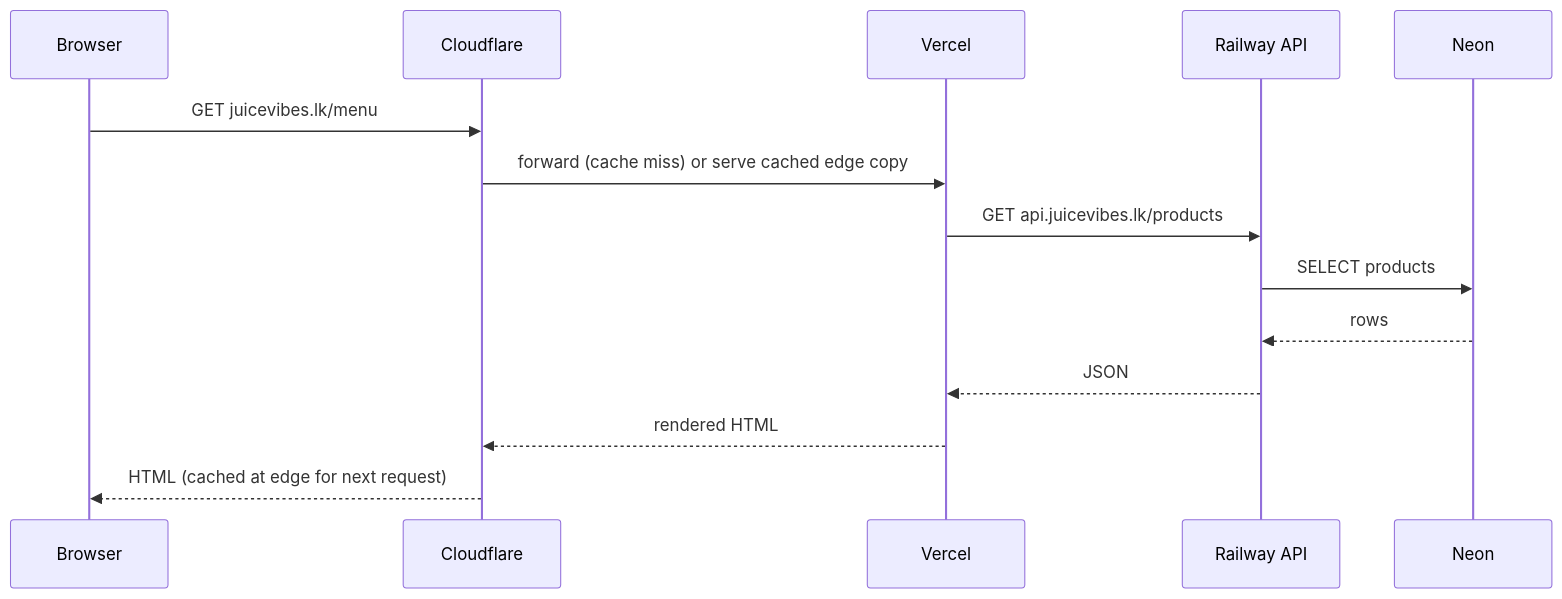
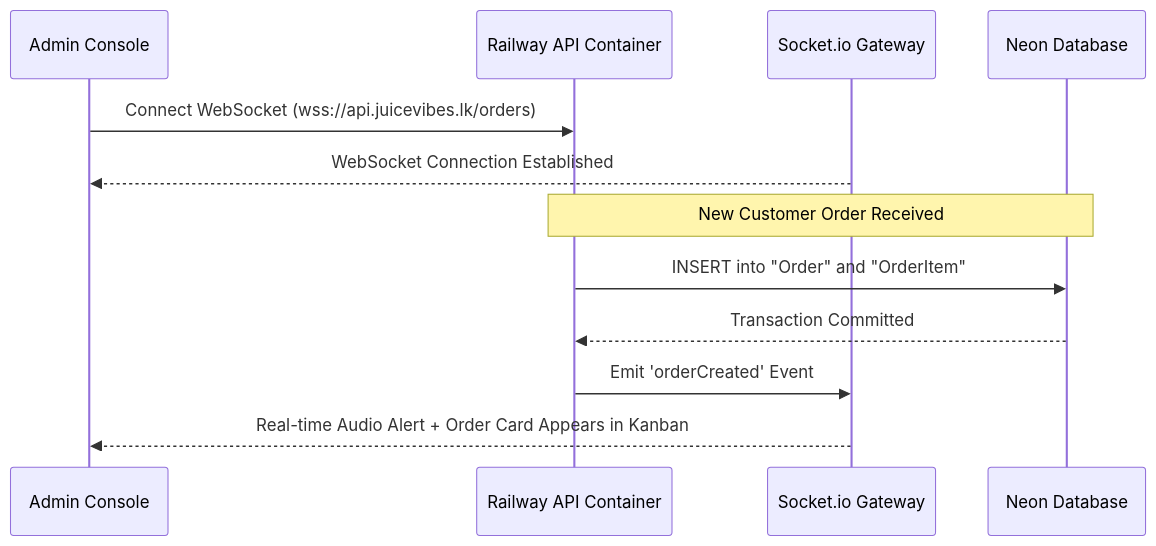
Before and after one commit to juicevibeonline-code/juicevibe-platform: the third of 6 diagrams in docs/JuiceVibe_Production_Deployment_Infrastructure_Manual.md, drawn with Mermaid. The commit also changed other lines of this file and 4 other files, not shown here.

````diff
--- a/docs/JuiceVibe_Production_Deployment_Infrastructure_Manual.md
+++ b/docs/JuiceVibe_Production_Deployment_Infrastructure_Manual.md
@@ -217,17 +167,15 @@
 ```mermaid
 sequenceDiagram
-    participant Browser
-    participant CF as Cloudflare
-    participant Vercel
-    participant API as Railway API
-    participant DB as Neon
+    participant Staff as Admin Console
+    participant Railway as Railway API Container
+    participant Socket as Socket.io Gateway
+    participant DB as Neon Database
 
-    Browser->>CF: GET juicevibes.lk/menu
-    CF->>Vercel: forward (cache miss) or serve cached edge copy
-    Vercel->>API: GET api.juicevibes.lk/products
-    API->>DB: SELECT products
-    DB-->>API: rows
-    API-->>Vercel: JSON
-    Vercel-->>CF: rendered HTML
-    CF-->>Browser: HTML (cached at edge for next request)
+    Staff->>Railway: Connect WebSocket (wss://api.juicevibes.lk/orders)
+    Socket-->>Staff: WebSocket Connection Established
+    Note over Railway, DB: New Customer Order Received
+    Railway->>DB: INSERT into "Order" and "OrderItem"
+    DB-->>Railway: Transaction Committed
+    Railway->>Socket: Emit 'orderCreated' Event
+    Socket-->>Staff: Real-time Audio Alert + Order Card Appears in Kanban
 ```
````
